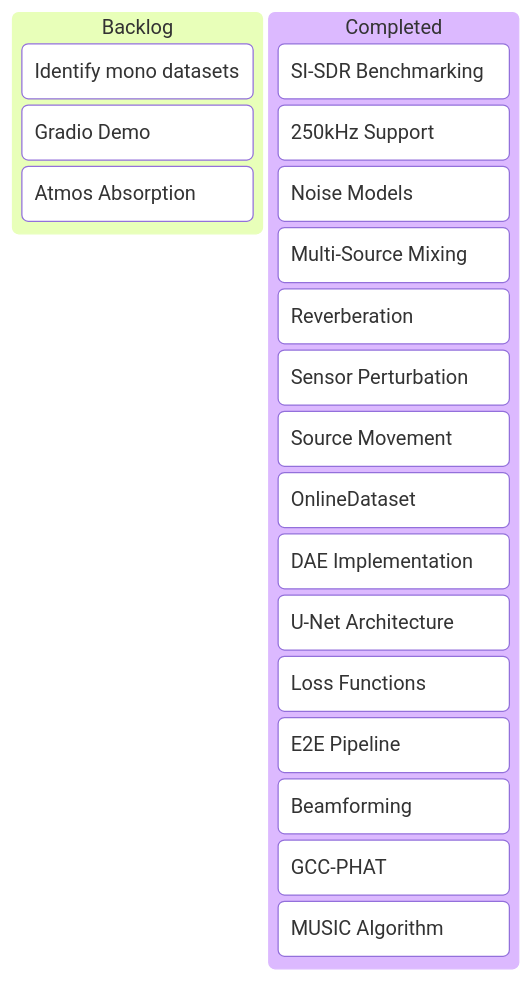
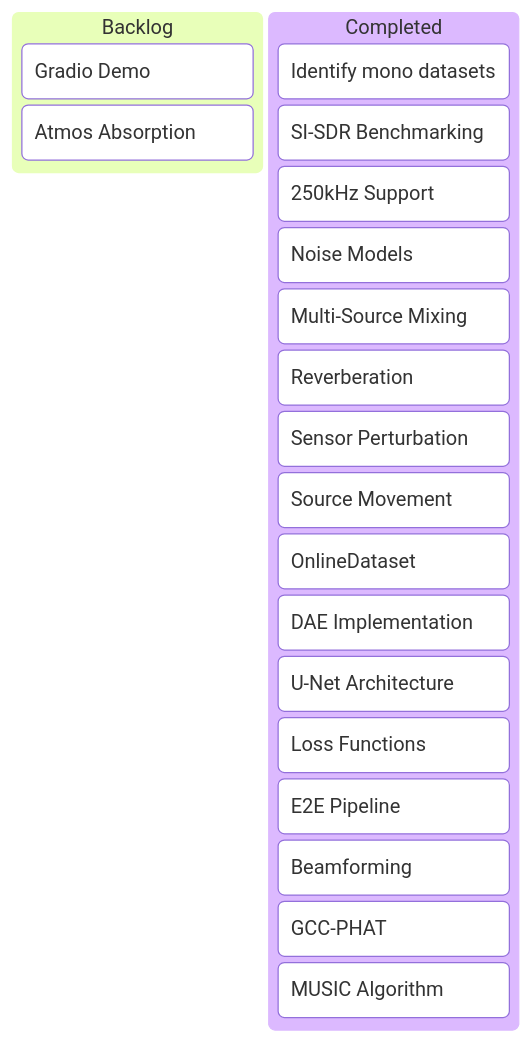
The diagram in docs/BioCPPNet/KANBAN.md (paulmziegler/BioCPPNet), drawn with Mermaid before and after one commit. The commit also changed other lines of this file and 2 other files, not shown here.

````diff
--- a/docs/BioCPPNet/KANBAN.md
+++ b/docs/BioCPPNet/KANBAN.md
@@ -9,23 +9,23 @@
 ```mermaid
 kanban
   Backlog
-    [Identify mono datasets]
     [Gradio Demo]
     [Atmos Absorption]
   Completed
+    [Identify mono datasets]
     [SI-SDR Benchmarking]
     [250kHz Support]
     [Noise Models]
     [Multi-Source Mixing]
     [Reverberation]
     [Sensor Perturbation]
     [Source Movement]
     [OnlineDataset]
     [DAE Implementation]
     [U-Net Architecture]
     [Loss Functions]
     [E2E Pipeline]
     [Beamforming]
     [GCC-PHAT]
     [MUSIC Algorithm]
 ```
````
